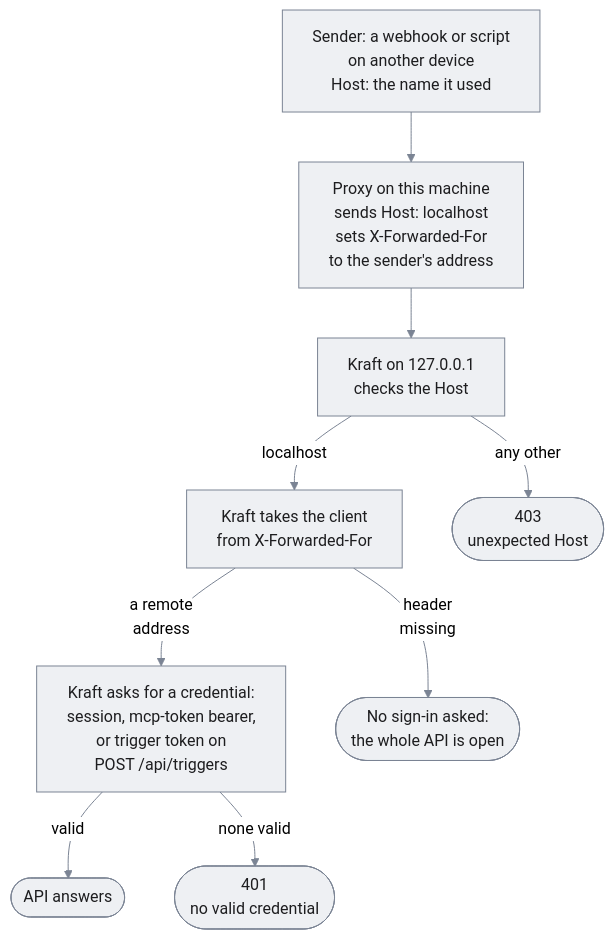
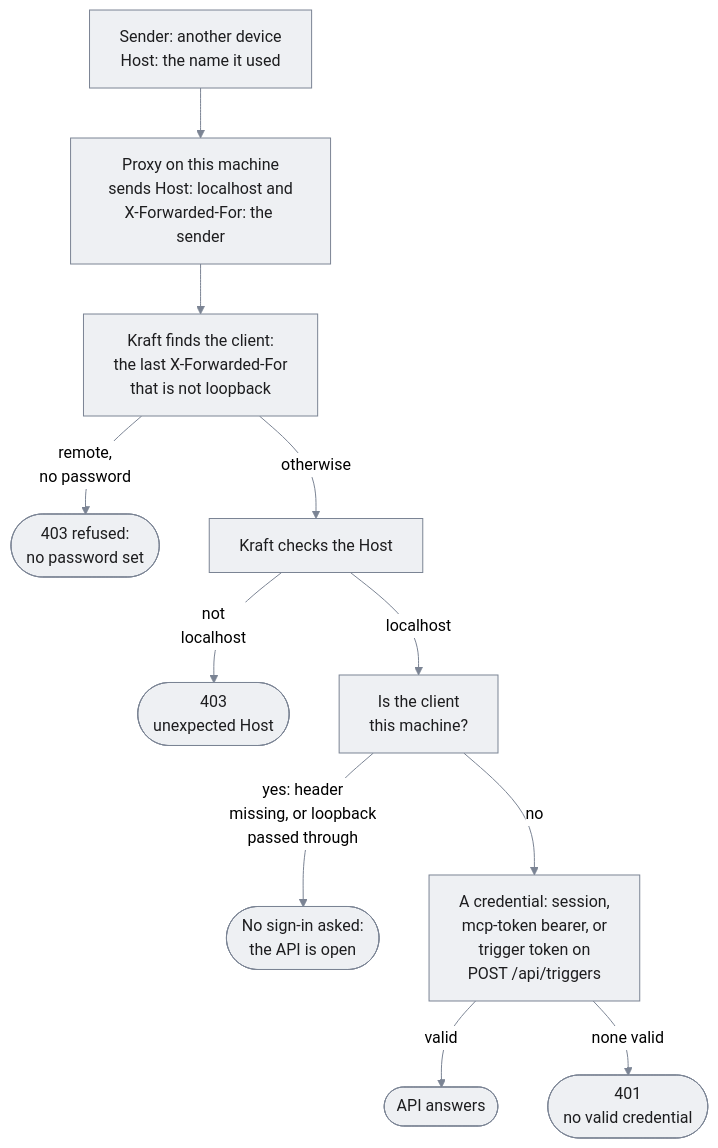
Before and after one commit to itsOmidKarami/kraft: the diagram in docsite/diagrams/portrait/proxy.mmd, drawn with Mermaid (neutral theme). The commit also changed 12 other files, not shown here.

Commit message:
Docs pictures: recipe commands carry KRAFT_HOME and KRAFT_PORT, the proxy and fix-loop diagrams end where the code does, and the diagrams read at 9.5px on a phone

```diff
--- a/docsite/diagrams/portrait/proxy.mmd
+++ b/docsite/diagrams/portrait/proxy.mmd
@@ -1,22 +1,26 @@
 flowchart TD
-  sender["Sender: a webhook or script<br/>on another device<br/>Host: the name it used"]
-  proxy["Proxy on this machine<br/>sends Host: localhost<br/>sets X-Forwarded-For<br/>to the sender's address"]
-  host["Kraft on 127.0.0.1<br/>checks the Host"]
-  client["Kraft takes the client<br/>from X-Forwarded-For"]
-  token["Kraft asks for a credential:<br/>session, mcp-token bearer,<br/>or trigger token on<br/>POST /api/triggers"]
+  sender["Sender: another device<br/>Host: the name it used"]
+  proxy["Proxy on this machine<br/>sends Host: localhost and<br/>X-Forwarded-For: the sender"]
+  peer["Kraft finds the client:<br/>the last X-Forwarded-For<br/>that is not loopback"]
+  r403a(["403 refused:<br/>no password set"])
+  host["Kraft checks the Host"]
+  r403(["403<br/>unexpected Host"])
+  local["Is the client<br/>this machine?"]
+  open(["No sign-in asked:<br/>the API is open"])
+  token["A credential: session,<br/>mcp-token bearer, or<br/>trigger token on<br/>POST /api/triggers"]
   api(["API answers"])
-  r403(["403<br/>unexpected Host"])
-  open(["No sign-in asked:<br/>the whole API is open"])
   r401(["401<br/>no valid credential"])
 
-  sender --> proxy --> host
-  host -->|"localhost"| client
-  host -->|"any other"| r403
-  client -->|"a remote<br/>address"| token
-  client -->|"header<br/>missing"| open
+  sender --> proxy --> peer
+  peer -->|"remote,<br/>no password"| r403a
+  peer -->|"otherwise"| host
+  host -->|"not<br/>localhost"| r403
+  host -->|"localhost"| local
+  local -->|"yes: header<br/>missing, or loopback<br/>passed through"| open
+  local -->|"no"| token
   token -->|"valid"| api
   token -->|"none valid"| r401
 
   classDef box fill:#eef0f3,stroke:#7b8494,color:#1d1d1f
-  class sender,proxy,host,client,token,api,r403,open,r401 box
+  class sender,proxy,peer,r403a,host,r403,local,open,token,api,r401 box
   linkStyle default stroke:#7b8494
```
